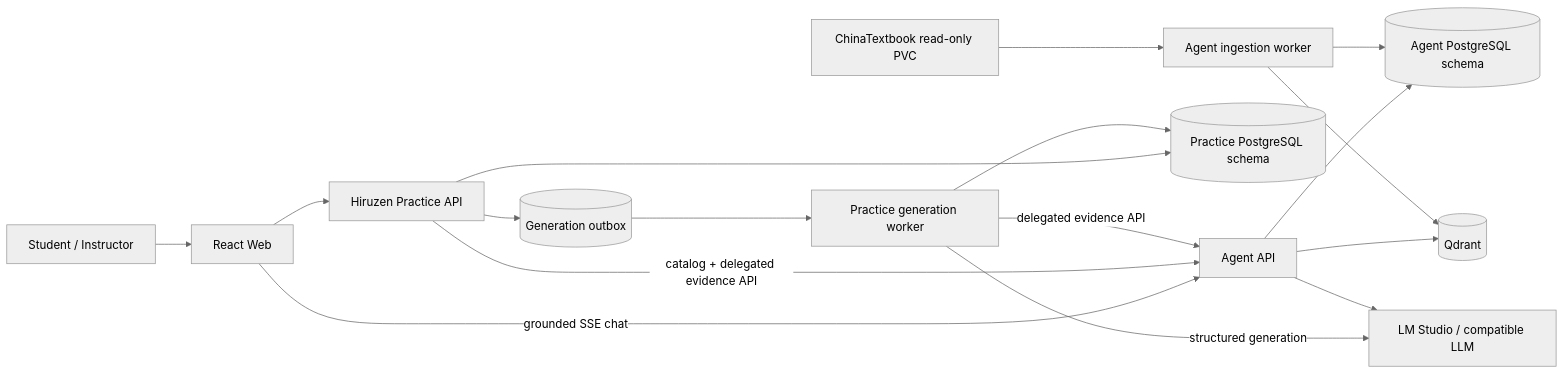
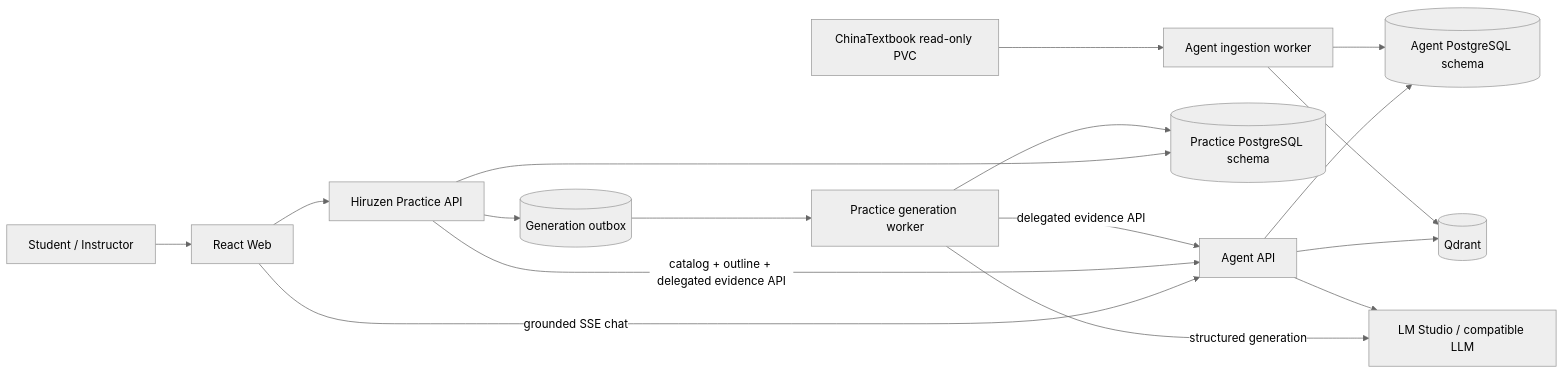
The first of 2 diagrams in apps/practice/docs/design_spec.md (lao-raul/ai-course-tutor-agent), drawn with Mermaid (neutral theme) before and after one commit. The commit also changed other lines of this file and 69 other files, not shown here.

````diff
--- a/apps/practice/docs/design_spec.md
+++ b/apps/practice/docs/design_spec.md
@@ -14,21 +14,21 @@
 ```mermaid
 flowchart LR
   User[Student / Instructor] --> Web[React Web]
   Web --> Practice[Hiruzen Practice API]
   Web -->|grounded SSE chat| Agent[Agent API]
 
-  Practice -->|catalog + delegated evidence API| Agent
+  Practice -->|catalog + outline + delegated evidence API| Agent
   Practice --> PracticeDB[(Practice PostgreSQL schema)]
   Practice --> Queue[(Generation outbox)]
   Queue --> PWorker[Practice generation worker]
   PWorker -->|delegated evidence API| Agent
   PWorker -->|structured generation| LLM[LM Studio / compatible LLM]
   PWorker --> PracticeDB
 
   Agent --> AgentDB[(Agent PostgreSQL schema)]
   Agent --> Qdrant[(Qdrant)]
   Agent --> LLM
   NAS[ChinaTextbook read-only PVC] --> Ingest[Agent ingestion worker]
   Ingest --> AgentDB
   Ingest --> Qdrant
 ```
````
